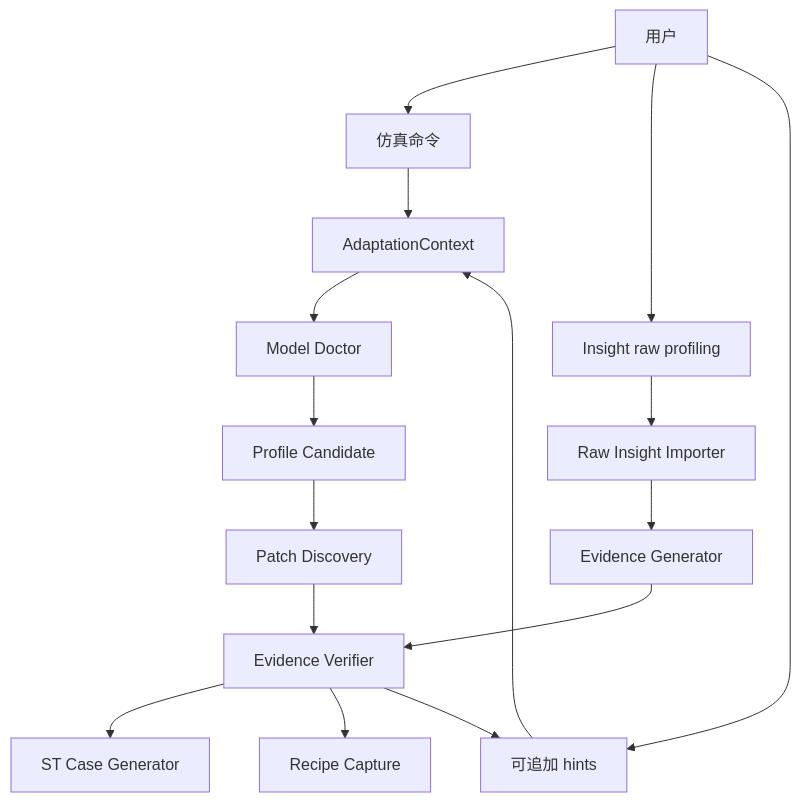
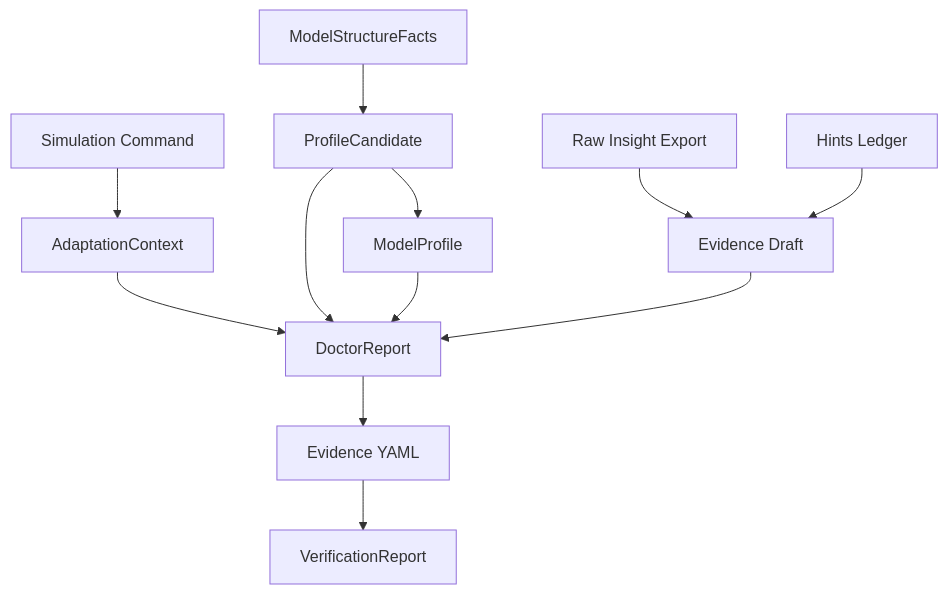
One commit to Ascend/msmodeling changed the second of 9 diagrams in docs/design/model_adaptation_efficiency_design.md. Above: the diagram before and after it, drawn with Mermaid. The commit also changed other lines of this file and 4 other files, not shown here.

First paragraph of the commit message:
decouple ModelRunner metrics from runtime capture & refine documentation

````diff
--- a/docs/design/model_adaptation_efficiency_design.md
+++ b/docs/design/model_adaptation_efficiency_design.md
@@ -56,33 +131,26 @@
 ```mermaid
 flowchart TB
-    U["用户"]
-    CMD["仿真命令"]
-    RAW["Insight raw profiling"]
-    HINT["可追加 hints"]
+    Command["Simulation Command"]
+    RawInsight["Raw Insight Export"]
+    Hints["Hints Ledger"]
+    Context["AdaptationContext"]
+    Structure["ModelStructureFacts"]
+    Candidate["ProfileCandidate"]
+    Profile["ModelProfile"]
+    DoctorReport["DoctorReport"]
+    EvidenceDraft["Evidence Draft"]
+    EvidenceYaml["Evidence YAML"]
+    VerifyReport["VerificationReport"]
 
-    CTX["AdaptationContext"]
-    DOCTOR["Model Doctor"]
-    INSIGHT["Raw Insight Importer"]
-    PROFILE["Profile Candidate"]
-    PATCH["Patch Discovery"]
-    EVIDENCE["Evidence Generator"]
-    VERIFY["Evidence Verifier"]
-    ST["ST Case Generator"]
-    RECIPE["Recipe Capture"]
-
-    U --> CMD
-    U --> RAW
-    U --> HINT
-    CMD --> CTX
-    RAW --> INSIGHT
-    HINT --> CTX
-    CTX --> DOCTOR
-    INSIGHT --> EVIDENCE
-    DOCTOR --> PROFILE
-    PROFILE --> PATCH
-    PATCH --> VERIFY
-    EVIDENCE --> VERIFY
-    VERIFY --> ST
-    VERIFY --> RECIPE
-    VERIFY --> HINT
+    Command --> Context
+    RawInsight --> EvidenceDraft
+    Hints --> EvidenceDraft
+    Context --> DoctorReport
+    Structure --> Candidate
+    Candidate --> Profile
+    Candidate --> DoctorReport
+    Profile --> DoctorReport
+    EvidenceDraft --> DoctorReport
+    DoctorReport --> EvidenceYaml
+    EvidenceYaml --> VerifyReport
 ```
````
